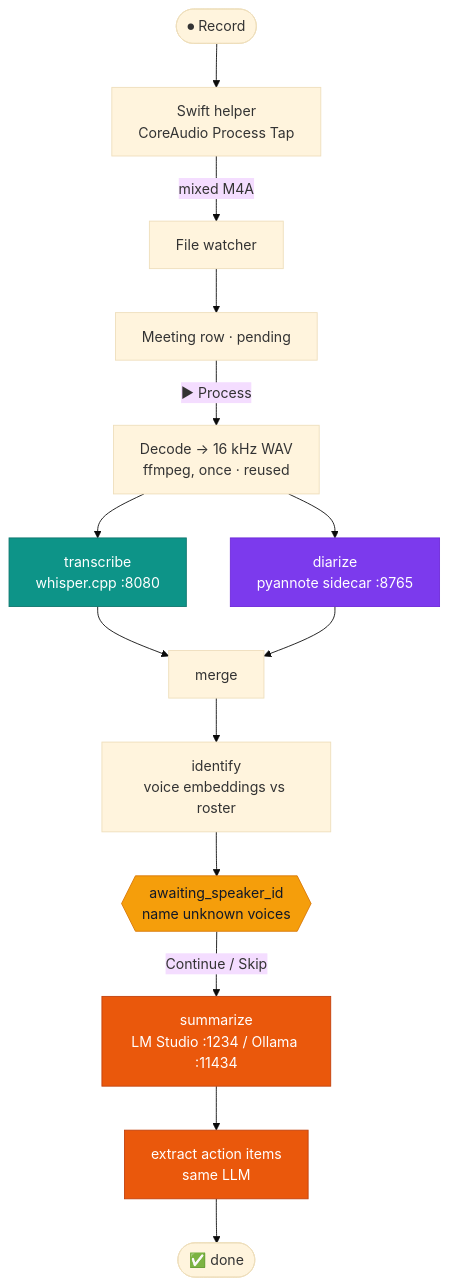
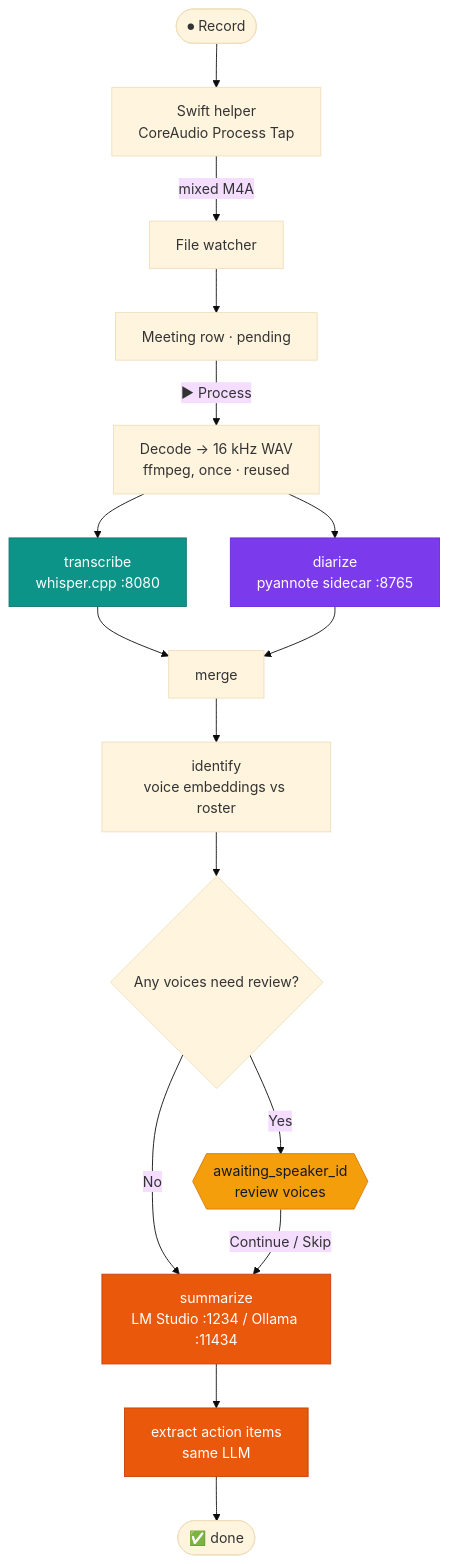
The second of 2 diagrams in README.md (dbbaskette/MeetingNotes), drawn with Mermaid (base theme) before and after one commit. The commit also changed other lines of this file and 3 other files, not shown here.

First line of the commit message:
fix: speaker gate only parks when a voice is actually unresolved (#161)

````diff
--- a/README.md
+++ b/README.md
@@ -115,26 +115,28 @@
 ```mermaid
 flowchart TD
     rec([⏺ Record]) --> tap["Swift helper<br/>CoreAudio Process Tap"]
     tap -->|mixed M4A| watch[File watcher]
     watch --> pending["Meeting row · pending"]
     pending -->|▶ Process| prep["Decode → 16 kHz WAV<br/>ffmpeg, once · reused"]
 
     prep --> stt["transcribe<br/>whisper.cpp :8080"]
     prep --> dia["diarize<br/>pyannote sidecar :8765"]
     stt --> merge[merge]
     dia --> merge
     merge --> id["identify<br/>voice embeddings vs roster"]
-    id --> gate{{"awaiting_speaker_id<br/>name unknown voices"}}
-    gate -->|Continue / Skip| sum["summarize<br/>LM Studio :1234 / Ollama :11434"]
+    id --> review{"Any voices need review?"}
+    review -->|Yes| gate{{"awaiting_speaker_id<br/>review voices"}}
+    review -->|No| sum["summarize<br/>LM Studio :1234 / Ollama :11434"]
+    gate -->|Continue / Skip| sum
     sum --> ext["extract action items<br/>same LLM"]
     ext --> done([✅ done])
 
     classDef stt fill:#0d9488,stroke:#0f766e,color:#fff
     classDef dia fill:#7c3aed,stroke:#6d28d9,color:#fff
     classDef llm fill:#ea580c,stroke:#c2410c,color:#fff
     classDef gate fill:#f59e0b,stroke:#d97706,color:#111827
     class stt stt
     class dia dia
     class sum,ext llm
     class gate gate
 ```
````
